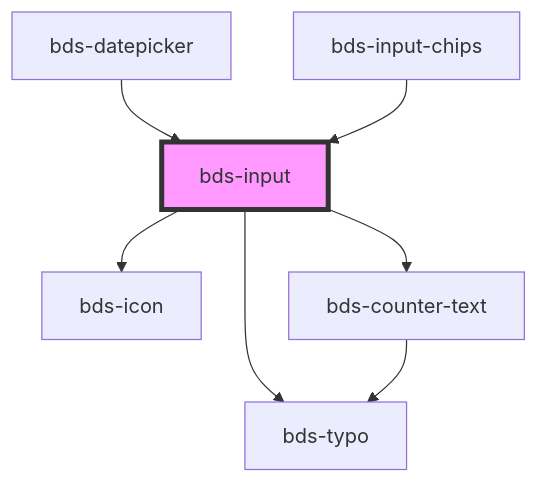
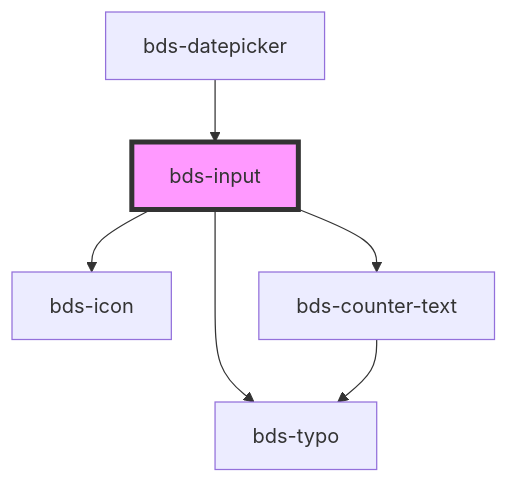
The diagram in src/components/input/readme.md (takenet/blip-ds), drawn with Mermaid before and after one commit. The commit also changed other lines of this file and 7 other files, not shown here.

Commit message:
fix(input-chips): uncapsulate input from input-chips

````diff
--- a/src/components/input/readme.md
+++ b/src/components/input/readme.md
@@ -134,10 +133,9 @@
 ```mermaid
 graph TD;
   bds-input --> bds-icon
   bds-input --> bds-typo
   bds-input --> bds-counter-text
   bds-counter-text --> bds-typo
   bds-datepicker --> bds-input
-  bds-input-chips --> bds-input
   style bds-input fill:#f9f,stroke:#333,stroke-width:4px
 ```
````
